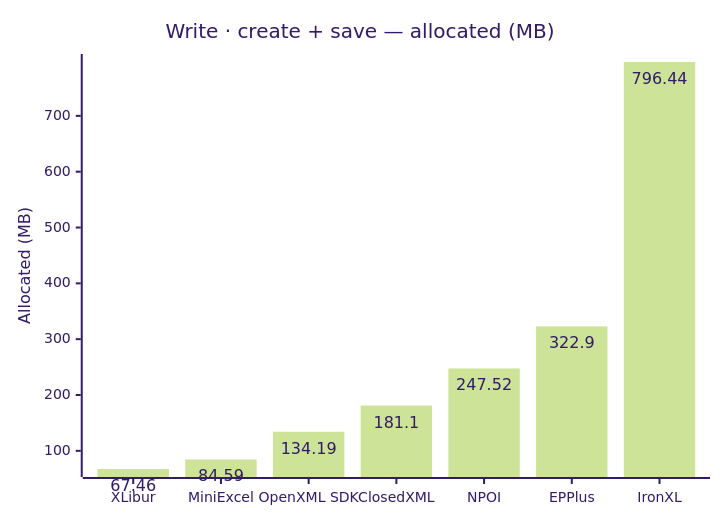
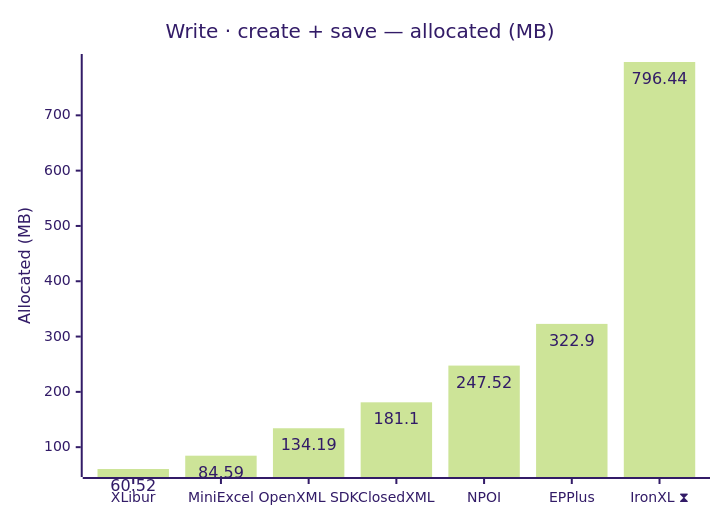
Before and after one commit to jafin/XLBench: the sixth of 8 diagrams in docs/results.md, drawn with Mermaid (forest theme). The commit also changed other lines of this file and 2 other files, not shown here.

First line of the commit message:
docs: refresh benchmark results on XLibur 0.200.0

````diff
--- a/docs/results.md
+++ b/docs/results.md
@@ -100,12 +104,12 @@
 ```mermaid
 ---
 config:
   xyChart:
     showDataLabel: true
 ---
 xychart-beta
     title "Write · create + save — allocated (MB)"
-    x-axis ["XLibur", "MiniExcel", "OpenXML SDK", "ClosedXML", "NPOI", "EPPlus", "IronXL"]
+    x-axis ["XLibur", "MiniExcel", "OpenXML SDK", "ClosedXML", "NPOI", "EPPlus", "IronXL ⧗"]
     y-axis "Allocated (MB)"
-    bar [67.46, 84.59, 134.19, 181.1, 247.52, 322.9, 796.44]
+    bar [60.52, 84.59, 134.19, 181.1, 247.52, 322.9, 796.44]
 ```
````
